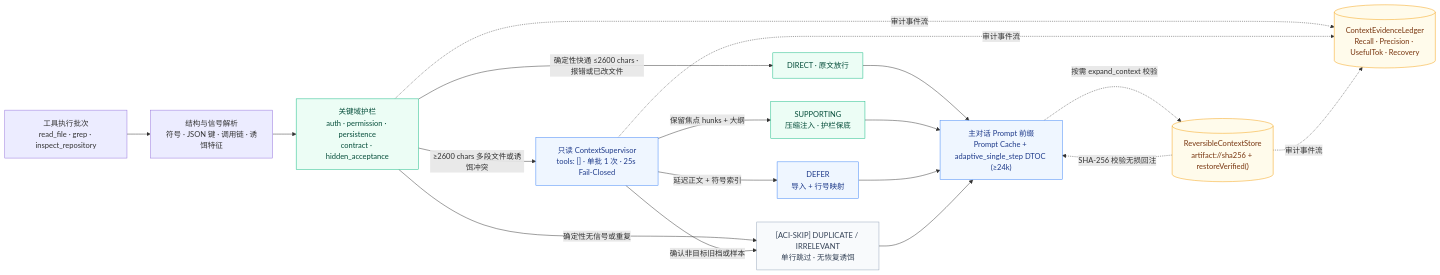
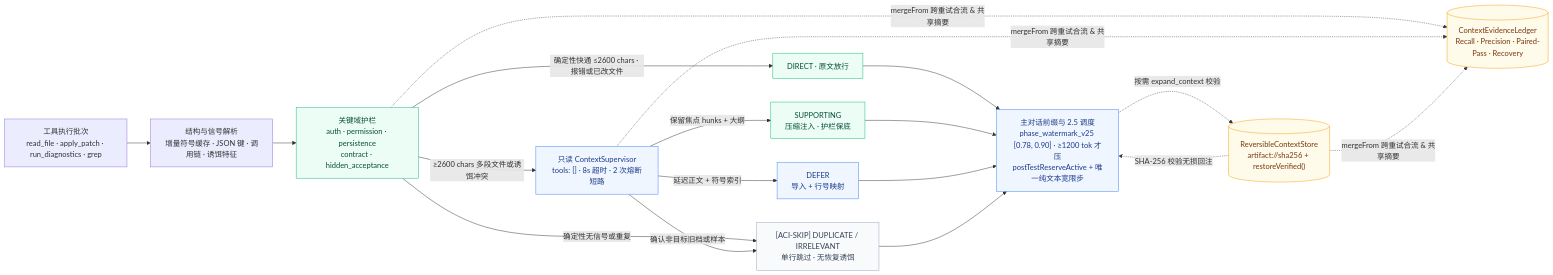
Before and after one commit to Eternite-0/Agent_US: the first of 2 diagrams in README.md, drawn with Mermaid. The commit also changed other lines of this file, not shown here.

````diff
--- a/README.md
+++ b/README.md
@@ -84,25 +89,25 @@
 ```mermaid
 flowchart LR
-    TOOLS["工具执行批次\nread_file · grep · inspect_repository"] --> PARSE["结构与信号解析\n符号 · JSON 键 · 调用链 · 诱饵特征"]
+    TOOLS["工具执行批次\nread_file · apply_patch · run_diagnostics · grep"] --> PARSE["结构与信号解析\n增量符号缓存 · JSON 键 · 调用链 · 诱饵特征"]
     PARSE --> GUARD["关键域护栏\nauth · permission · persistence\ncontract · hidden_acceptance"]
     GUARD -->|"确定性快通 ≤2600 chars · 报错或已改文件"| DIRECT["DIRECT · 原文放行"]
     GUARD -->|"确定性无信号或重复"| SKIP["[ACI-SKIP] DUPLICATE / IRRELEVANT\n单行跳过 · 无恢复诱饵"]
-    GUARD -->|"≥2600 chars 多段文件或诱饵冲突"| SUP["只读 ContextSupervisor\ntools: [] · 单批 1 次 · 25s Fail-Closed"]
+    GUARD -->|"≥2600 chars 多段文件或诱饵冲突"| SUP["只读 ContextSupervisor\ntools: [] · 8s 超时 · 2 次熔断短路"]
     SUP -->|"保留焦点 hunks + 大纲"| SUPPORT["SUPPORTING\n压缩注入 · 护栏保底"]
     SUP -->|"延迟正文 + 符号索引"| DEFER["DEFER\n导入 + 行号映射"]
     SUP -->|"确认非目标旧档或样本"| SKIP
 
-    DIRECT & SUPPORT & DEFER & SKIP --> LOOP["主对话 Prompt 前缀\nPrompt Cache + adaptive_single_step DTOC (≥24k)"]
+    DIRECT & SUPPORT & DEFER & SKIP --> LOOP["主对话前缀与 2.5 调度\nphase_watermark_v25 [0.78, 0.90] · ≥1200 tok 才压\npostTestReserveActive + 唯一纯文本宽限步"]
     LOOP -.->|"按需 expand_context 校验"| STORE[("ReversibleContextStore\nartifact://sha256 + restoreVerified()")]
     STORE -.->|"SHA-256 校验无损回注"| LOOP
-    GUARD & SUP & STORE -.->|"审计事件流"| LEDGER[("ContextEvidenceLedger\nRecall · Precision · UsefulTok · Recovery")]
+    GUARD & SUP & STORE -.->|"mergeFrom 跨重试合流 & 共享摘要"| LEDGER[("ContextEvidenceLedger\nRecall · Precision · Paired-Pass · Recovery")]
 
     classDef safe fill:#ecfdf5,stroke:#10b981,color:#064e3b;
     classDef sup fill:#eff6ff,stroke:#3b82f6,color:#1e3a8a;
     classDef store fill:#fffbeb,stroke:#f59e0b,color:#78350f;
     classDef skip fill:#f8fafc,stroke:#94a3b8,color:#334155;
     class GUARD,SUPPORT,DIRECT safe;
     class SUP,DEFER,LOOP sup;
     class STORE,LEDGER store;
     class SKIP skip;
 ```
````
